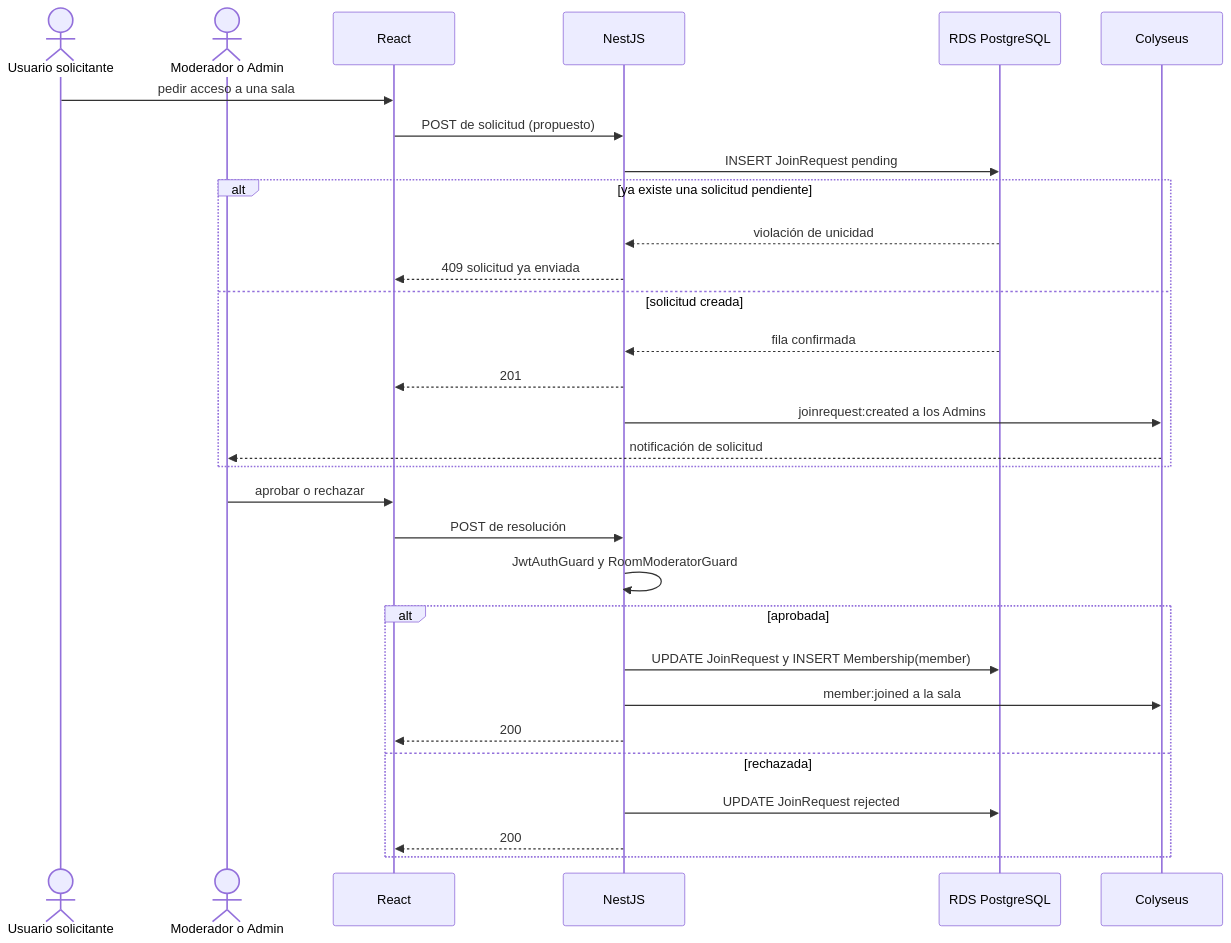
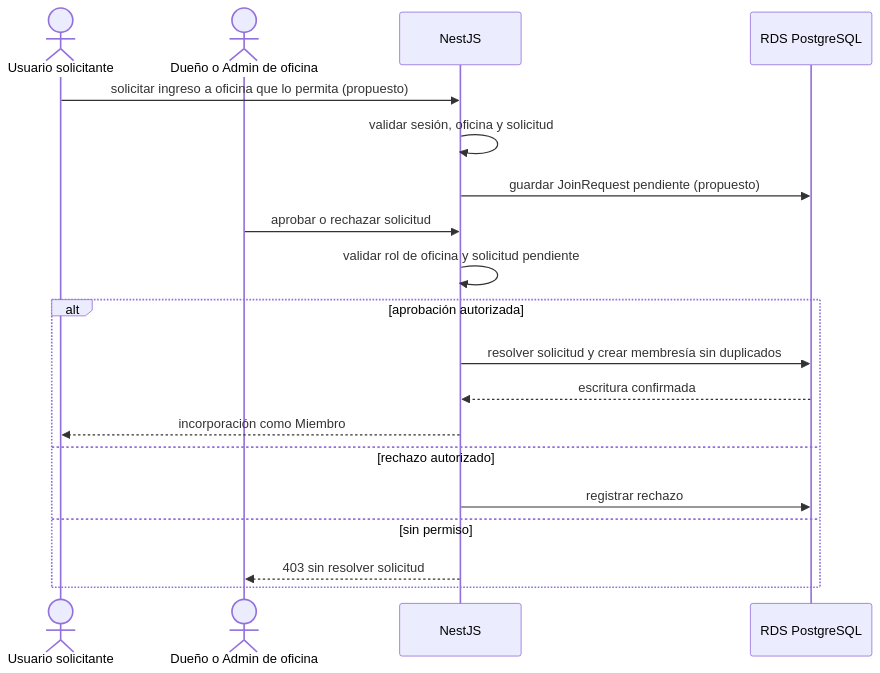
The second of 6 diagrams in docs/diagrams/04-behavioral/admin-flows.md (Agustin742/integratec-final-back), drawn with Mermaid before and after one commit. The commit also changed other lines of this file, not shown here.

Commit message:
docs(diagrams): model office lifecycle and scoped administration flows

````diff
--- a/docs/diagrams/04-behavioral/admin-flows.md
+++ b/docs/diagrams/04-behavioral/admin-flows.md
@@ -63,33 +61,22 @@
 ```mermaid
 sequenceDiagram
     actor user as Usuario solicitante
-    actor admin as Moderador o Admin
-    participant web as React
+    actor manager as Dueño o Admin de oficina
     participant api as NestJS
     participant db as RDS PostgreSQL
-    participant colyseus as Colyseus
 
-    user->>web: pedir acceso a una sala
-    web->>api: POST de solicitud (propuesto)
-    api->>db: INSERT JoinRequest pending
-    alt ya existe una solicitud pendiente
-        db-->>api: violación de unicidad
-        api-->>web: 409 solicitud ya enviada
-    else solicitud creada
-        db-->>api: fila confirmada
-        api-->>web: 201
-        api->>colyseus: joinrequest:created a los Admins
-        colyseus-->>admin: notificación de solicitud
-    end
-    admin->>web: aprobar o rechazar
-    web->>api: POST de resolución
-    api->>api: JwtAuthGuard y RoomModeratorGuard
-    alt aprobada
-        api->>db: UPDATE JoinRequest y INSERT Membership(member)
-        api->>colyseus: member:joined a la sala
-        api-->>web: 200
-    else rechazada
-        api->>db: UPDATE JoinRequest rejected
-        api-->>web: 200
+    user->>api: solicitar ingreso a oficina que lo permita (propuesto)
+    api->>api: validar sesión, oficina y solicitud
+    api->>db: guardar JoinRequest pendiente (propuesto)
+    manager->>api: aprobar o rechazar solicitud
+    api->>api: validar rol de oficina y solicitud pendiente
+    alt aprobación autorizada
+        api->>db: resolver solicitud y crear membresía sin duplicados
+        db-->>api: escritura confirmada
+        api-->>user: incorporación como Miembro
+    else rechazo autorizado
+        api->>db: registrar rechazo
+    else sin permiso
+        api-->>manager: 403 sin resolver solicitud
     end
 ```
````
